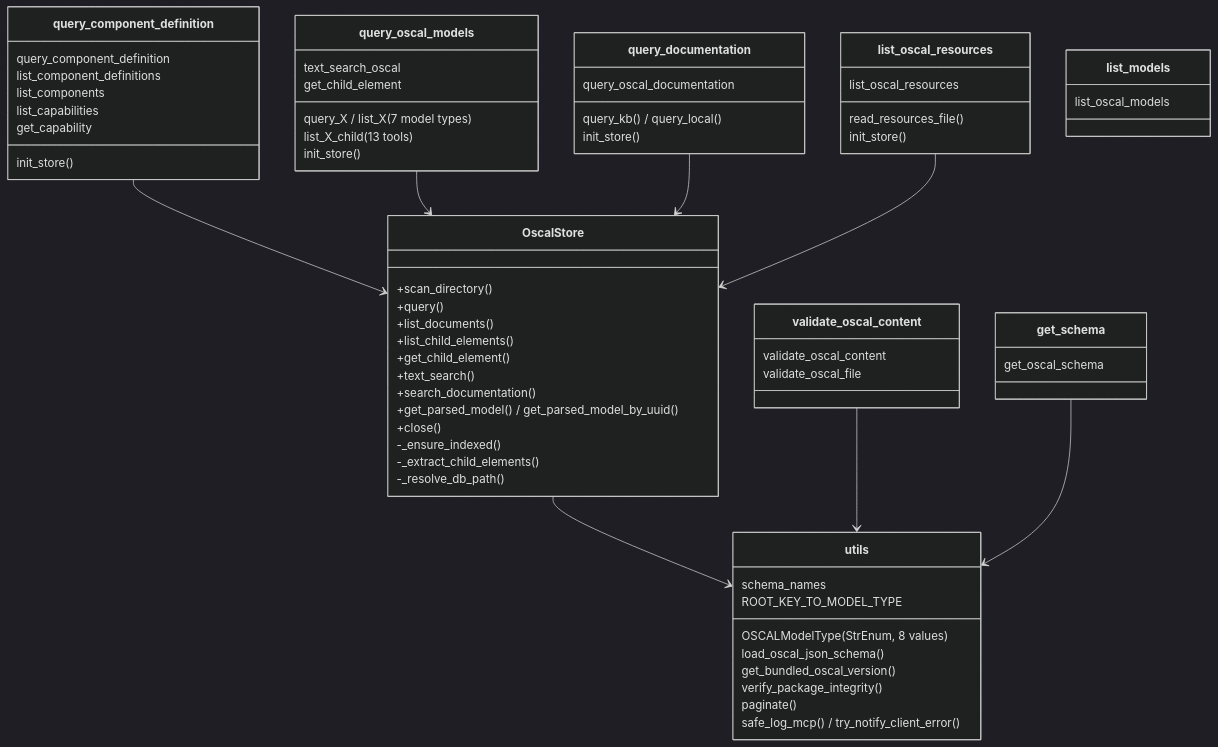
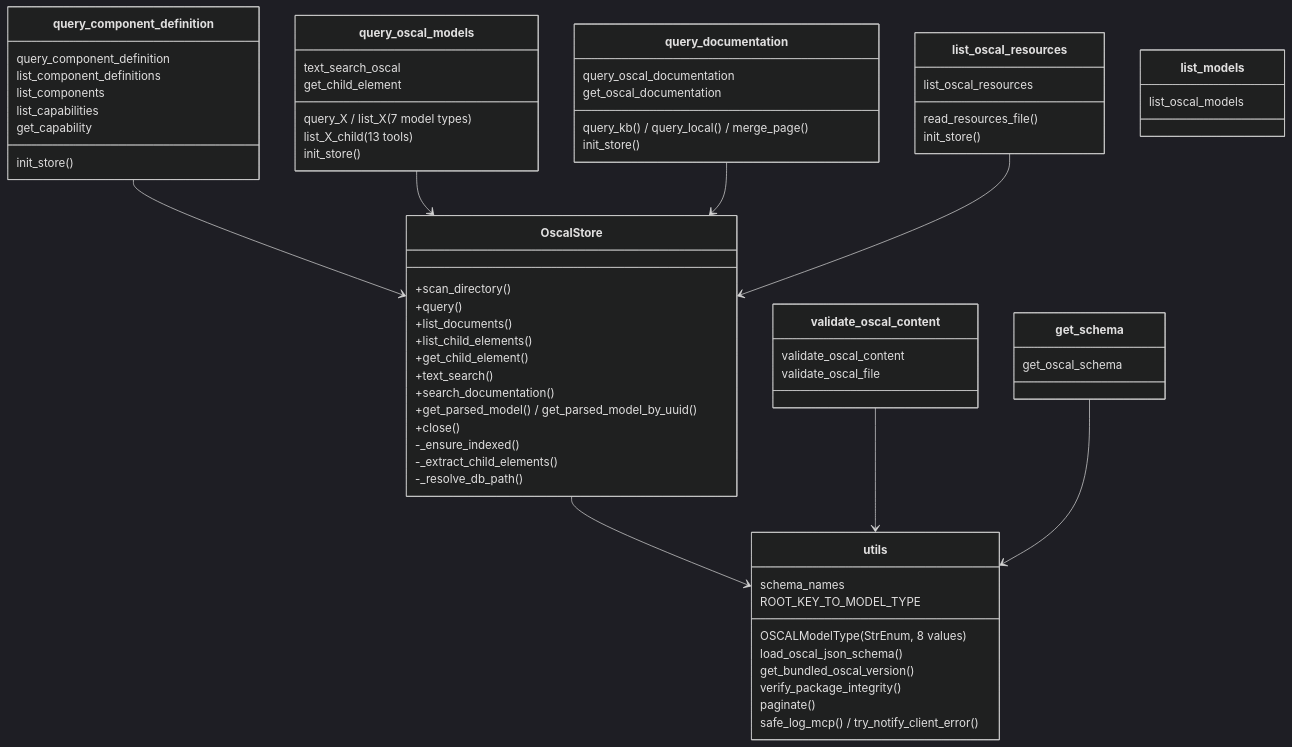
One commit to dfkunstler/mcp-server-for-oscal changed the diagram in .agents/summary/components.md. Above: the diagram before and after it, drawn with Mermaid (dark theme). The commit also changed other lines of this file and 59 other files, not shown here.

````diff
--- a/.agents/summary/components.md
+++ b/.agents/summary/components.md
@@ -18,65 +18,66 @@
 ```mermaid
 classDiagram
     class utils {
         OSCALModelType (StrEnum, 8 values)
         schema_names
         ROOT_KEY_TO_MODEL_TYPE
         load_oscal_json_schema()
         get_bundled_oscal_version()
         verify_package_integrity()
         paginate()
         safe_log_mcp() / try_notify_client_error()
     }
     class OscalStore {
         +scan_directory()
         +query()
         +list_documents()
         +list_child_elements()
         +get_child_element()
         +text_search()
         +search_documentation()
         +get_parsed_model() / get_parsed_model_by_uuid()
         +close()
         -_ensure_indexed()
         -_extract_child_elements()
         -_resolve_db_path()
     }
     class query_component_definition {
         query_component_definition
         list_component_definitions
         list_components
         list_capabilities
         get_capability
         init_store()
     }
     class query_oscal_models {
         query_X / list_X  (7 model types)
         list_X_child  (13 tools)
         text_search_oscal
         get_child_element
         init_store()
     }
     class query_documentation {
         query_oscal_documentation
-        query_kb() / query_local()
+        get_oscal_documentation
+        query_kb() / query_local() / merge_page()
         init_store()
     }
     class list_oscal_resources {
         list_oscal_resources
         read_resources_file()
         init_store()
     }
     class validate_oscal_content {
         validate_oscal_content
         validate_oscal_file
     }
     class get_schema { get_oscal_schema }
     class list_models { list_oscal_models }
     OscalStore --> utils
     query_component_definition --> OscalStore
     query_oscal_models --> OscalStore
     query_documentation --> OscalStore
     list_oscal_resources --> OscalStore
     validate_oscal_content --> utils
     get_schema --> utils
 ```
````
